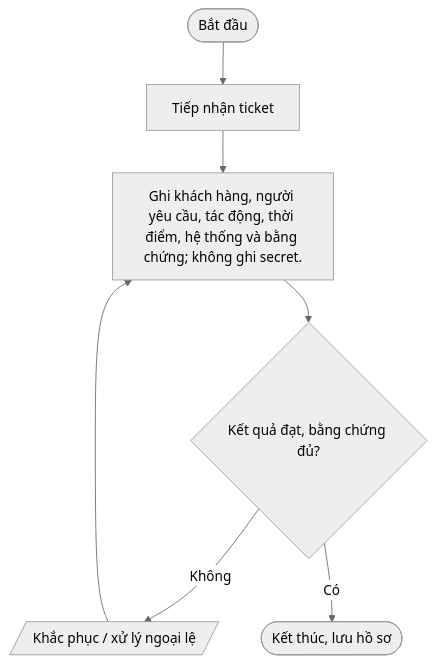
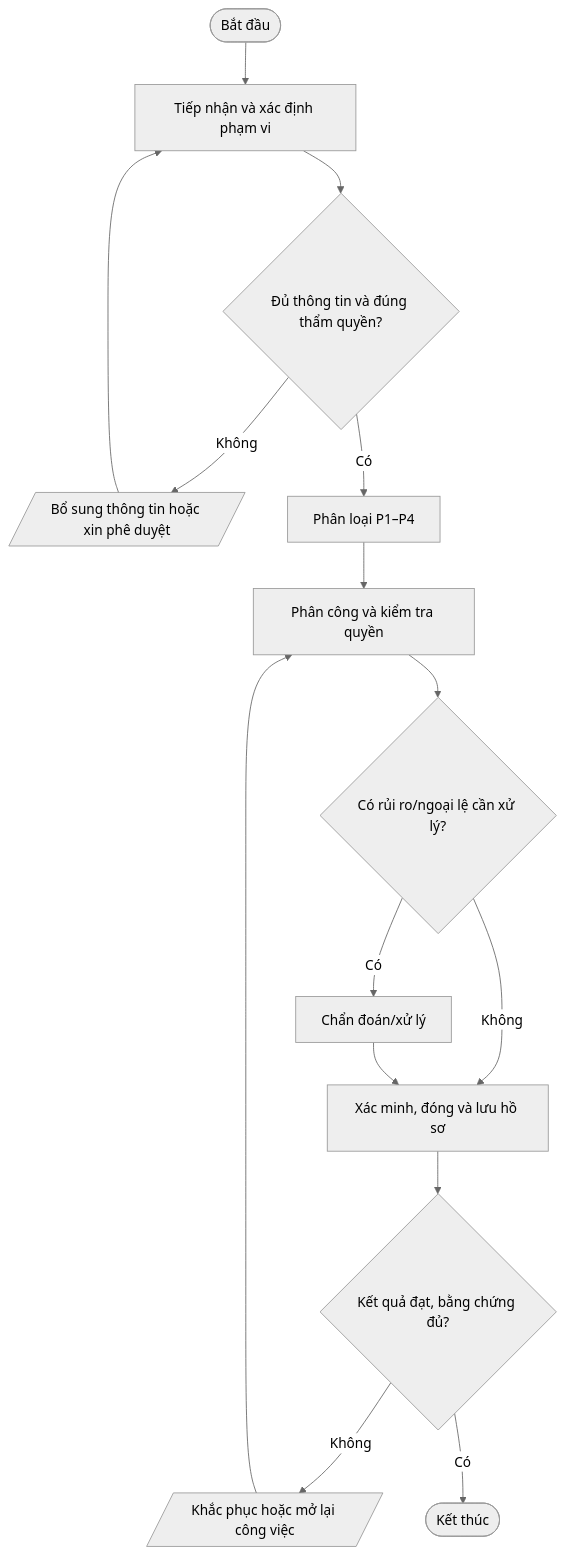
The second of 9 diagrams in quy-trinh/02-Van-hanh-IT/README.md (daoaigiangnam/Quy_Trinh_Chuan), drawn with Mermaid (neutral theme) before and after one commit. The commit also changed other lines of this file, not shown here.

Commit message:
docs: refine detailed procedure steps and Mermaid flowcharts

````diff
--- a/quy-trinh/02-Van-hanh-IT/README.md
+++ b/quy-trinh/02-Van-hanh-IT/README.md
@@ -122,11 +143,17 @@
 ```mermaid
 flowchart TD
-  A([Bắt đầu]) --> S1
-  S1["Tiếp nhận ticket"]
-  S2["Ghi khách hàng, người yêu cầu, tác động, thời điểm, hệ thống và bằng chứng; không ghi secret."]
-  S1 --> S2
-  S2 --> D2{"Kết quả đạt, bằng chứng đủ?"}
-  D2 -- Không --> REWORK[/"Khắc phục / xử lý ngoại lệ"/]
-  REWORK --> S2
-  D2 -- Có --> Z([Kết thúc, lưu hồ sơ])
+  A([Bắt đầu]) --> S1["Tiếp nhận và xác định phạm vi"]
+  S1 --> D1{"Đủ thông tin và đúng thẩm quyền?"}
+  D1 -- Không --> F1[/"Bổ sung thông tin hoặc xin phê duyệt"/]
+  F1 --> S1
+  D1 -- Có --> S2["Phân loại P1–P4"]
+  S2 --> S3["Phân công và kiểm tra quyền"]
+  S3 --> D2{"Có rủi ro/ngoại lệ cần xử lý?"}
+  D2 -- Có --> S4["Chẩn đoán/xử lý"]
+  D2 -- Không --> S5["Xác minh, đóng và lưu hồ sơ"]
+  S4 --> S5
+  S5 --> D3{"Kết quả đạt, bằng chứng đủ?"}
+  D3 -- Không --> R[/"Khắc phục hoặc mở lại công việc"/]
+  R --> S3
+  D3 -- Có --> Z([Kết thúc])
 ```
````
